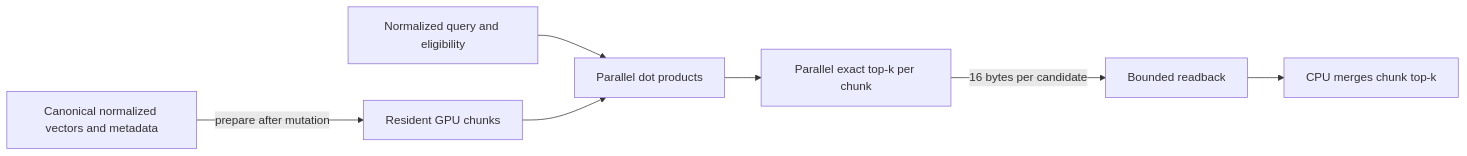
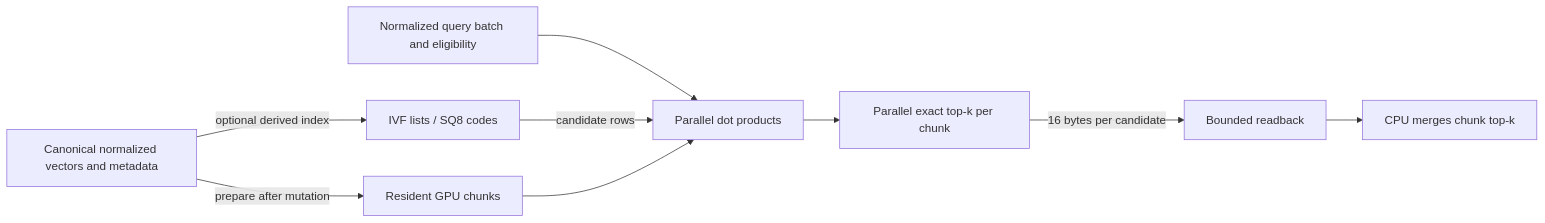
The diagram in docs/gpu-design.md (a3ro-dev/qenlo), drawn with Mermaid before and after one commit. The commit also changed other lines of this file and 8 other files, not shown here.

````diff
--- a/docs/gpu-design.md
+++ b/docs/gpu-design.md
@@ -12,9 +12,11 @@
 ```mermaid
 flowchart LR
     A[Canonical normalized vectors and metadata] -->|prepare after mutation| B[Resident GPU chunks]
-    Q[Normalized query and eligibility] --> C[Parallel dot products]
+    Q[Normalized query batch and eligibility] --> C[Parallel dot products]
+    A -->|optional derived index| I[IVF lists / SQ8 codes]
+    I -->|candidate rows| C
     B --> C
     C --> D[Parallel exact top-k per chunk]
     D -->|16 bytes per candidate| E[Bounded readback]
     E --> F[CPU merges chunk top-k]
 ```
````
